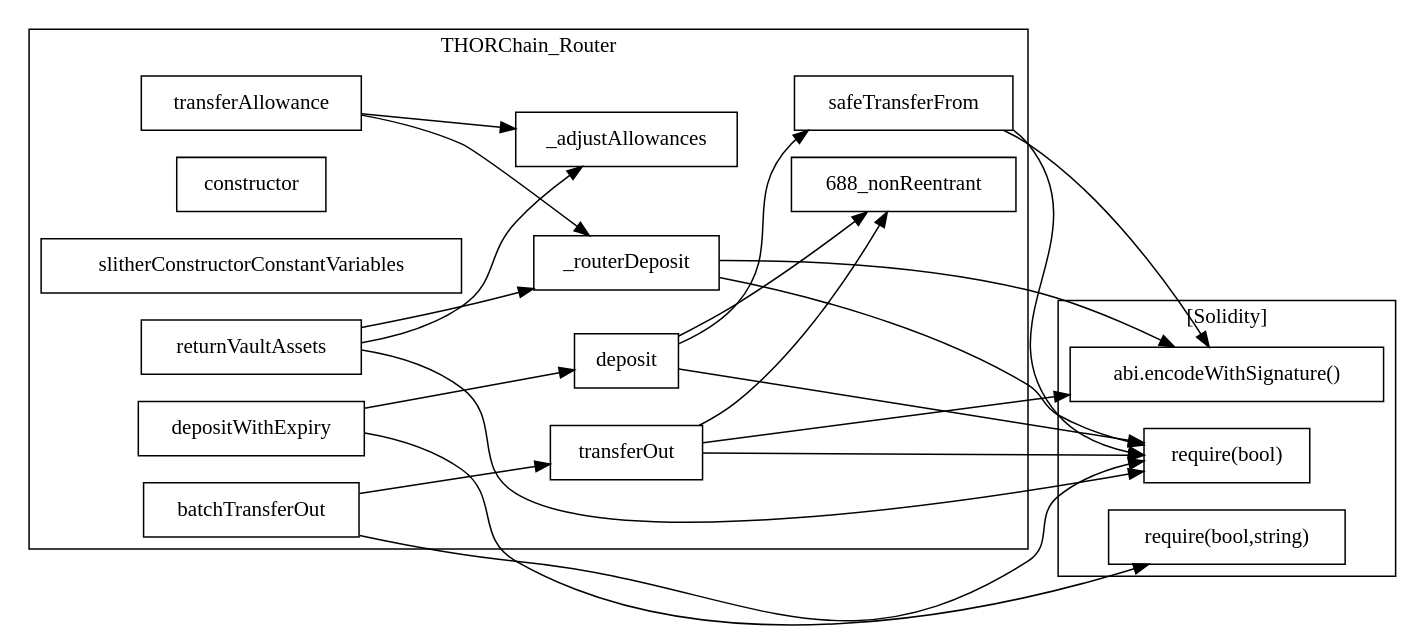
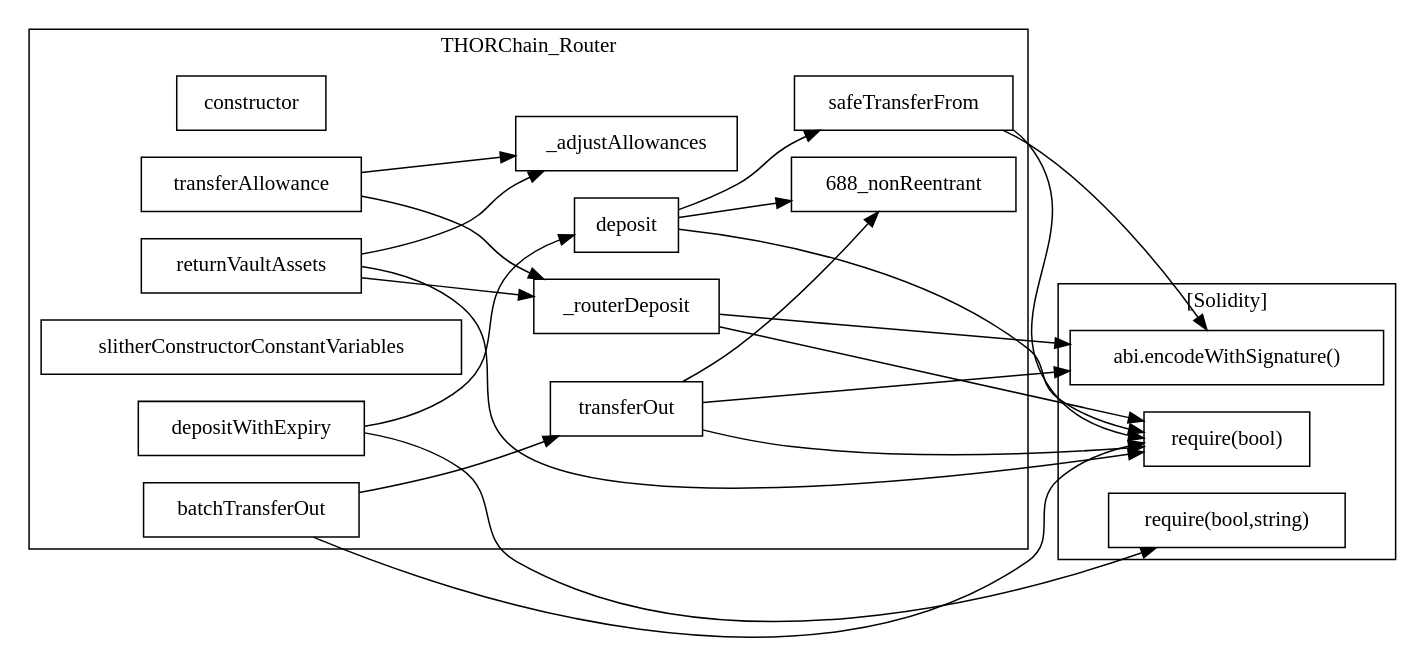
The diagram in static_analysis/THORChain20210723/THORChain_Router.sol.THORChain_Router.call-graph.dot (eliQAQ/IntelliBridge-Auditor), drawn with Graphviz before and after one commit. The commit also changed other lines of this file and 28 other files, not shown here.

```diff
--- a/static_analysis/THORChain20210723/THORChain_Router.sol.THORChain_Router.call-graph.dot
+++ b/static_analysis/THORChain20210723/THORChain_Router.sol.THORChain_Router.call-graph.dot
@@ -1,42 +1,42 @@
 strict digraph {
 rankdir="LR"
 node [shape=box]
 subgraph cluster_688_THORChain_Router {
 label = "THORChain_Router"
+"688_constructor" [label="constructor"]
 "688_depositWithExpiry" [label="depositWithExpiry"]
+"688_transferAllowance" [label="transferAllowance"]
+"688__routerDeposit" [label="_routerDeposit"]
+"688_slitherConstructorConstantVariables" [label="slitherConstructorConstantVariables"]
 "688__adjustAllowances" [label="_adjustAllowances"]
-"688__routerDeposit" [label="_routerDeposit"]
+"688_returnVaultAssets" [label="returnVaultAssets"]
+"688_transferOut" [label="transferOut"]
 "688_deposit" [label="deposit"]
-"688_constructor" [label="constructor"]
+"688_batchTransferOut" [label="batchTransferOut"]
 "688_safeTransferFrom" [label="safeTransferFrom"]
-"688_slitherConstructorConstantVariables" [label="slitherConstructorConstantVariables"]
-"688_batchTransferOut" [label="batchTransferOut"]
-"688_transferOut" [label="transferOut"]
-"688_transferAllowance" [label="transferAllowance"]
-"688_returnVaultAssets" [label="returnVaultAssets"]
+"688_deposit" -> "688_safeTransferFrom"
+"688_transferOut" -> "688_nonReentrant"
 "688_returnVaultAssets" -> "688__adjustAllowances"
-"688_returnVaultAssets" -> "688__routerDeposit"
-"688_transferOut" -> "688_nonReentrant"
+"688_transferAllowance" -> "688__routerDeposit"
 "688_deposit" -> "688_nonReentrant"
-"688_deposit" -> "688_safeTransferFrom"
-"688_transferAllowance" -> "688__routerDeposit"
 "688_batchTransferOut" -> "688_transferOut"
 "688_depositWithExpiry" -> "688_deposit"
+"688_returnVaultAssets" -> "688__routerDeposit"
 "688_transferAllowance" -> "688__adjustAllowances"
 }subgraph cluster_solidity {
 label = "[Solidity]"
 "require(bool)" 
+"require(bool,string)" 
 "abi.encodeWithSignature()" 
-"require(bool,string)" 
+"688_safeTransferFrom" -> "require(bool)"
+"688_deposit" -> "require(bool)"
+"688_safeTransferFrom" -> "abi.encodeWithSignature()"
+"688_transferOut" -> "abi.encodeWithSignature()"
+"688__routerDeposit" -> "abi.encodeWithSignature()"
+"688_batchTransferOut" -> "require(bool)"
 "688_transferOut" -> "require(bool)"
-"688_transferOut" -> "abi.encodeWithSignature()"
-"688_deposit" -> "require(bool)"
-"688_batchTransferOut" -> "require(bool)"
+"688_returnVaultAssets" -> "require(bool)"
+"688_depositWithExpiry" -> "require(bool,string)"
 "688__routerDeposit" -> "require(bool)"
-"688_safeTransferFrom" -> "require(bool)"
-"688_depositWithExpiry" -> "require(bool,string)"
-"688__routerDeposit" -> "abi.encodeWithSignature()"
-"688_returnVaultAssets" -> "require(bool)"
-"688_safeTransferFrom" -> "abi.encodeWithSignature()"
 }
 }
```
